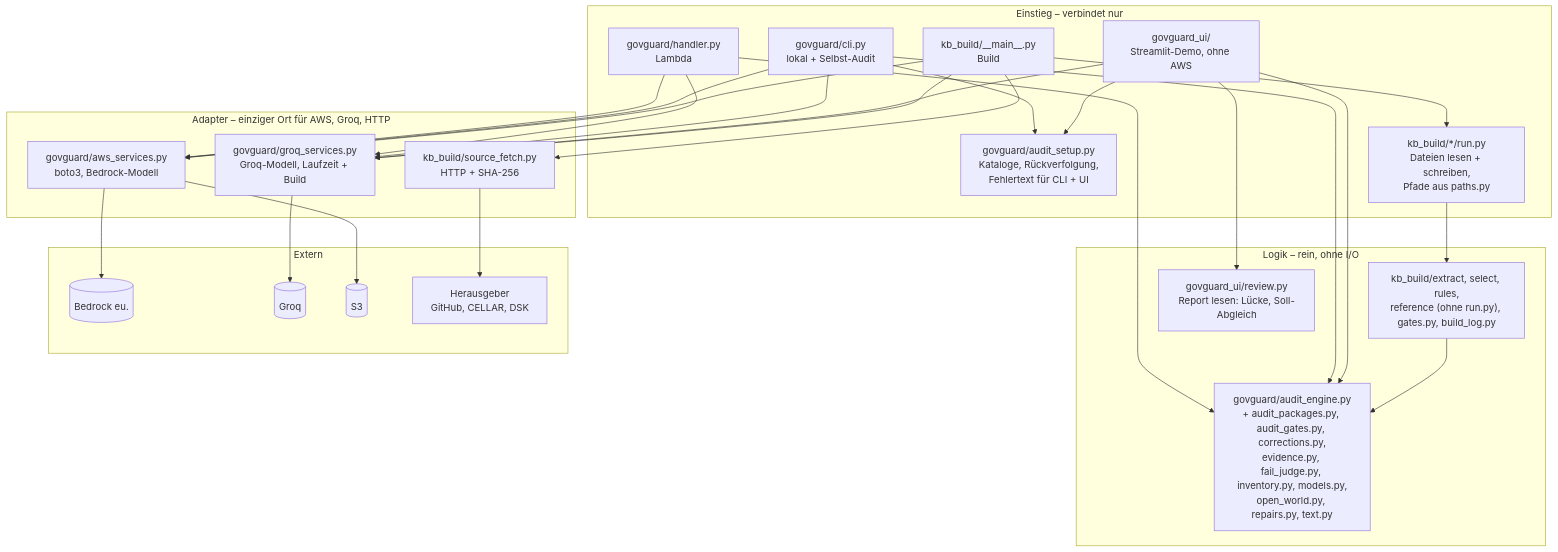
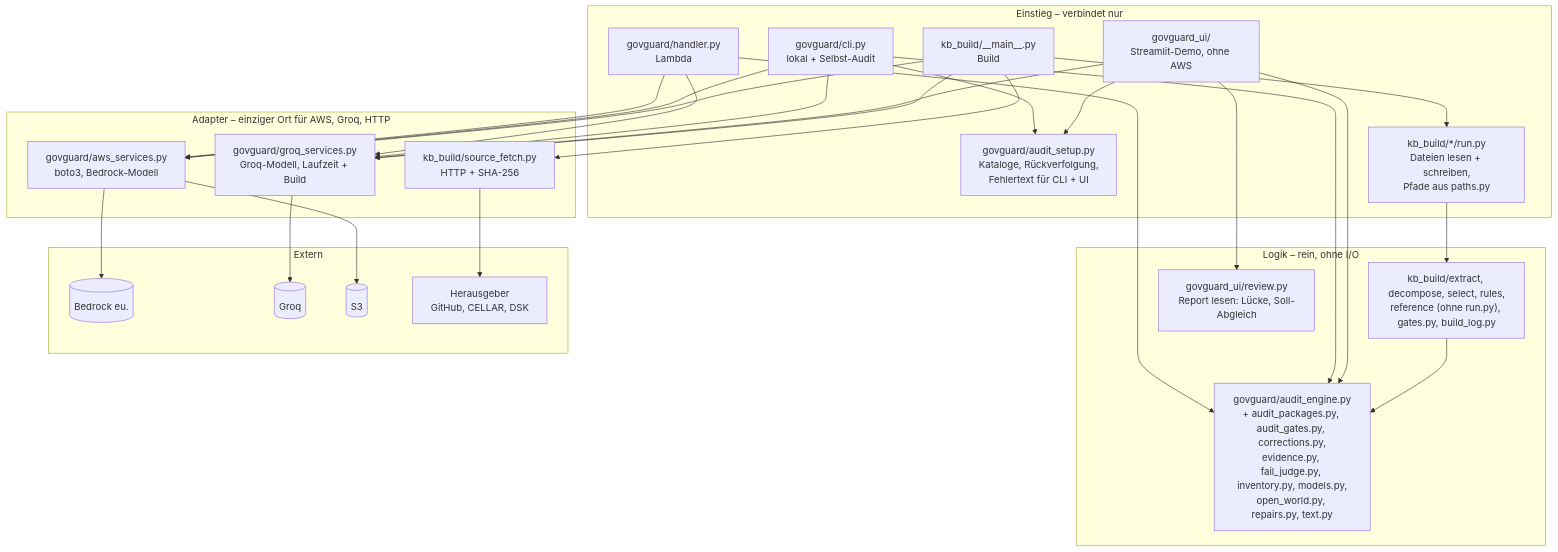
The fourth of 4 diagrams in docs/ARCHITECTURE.md (Daniel74/GovGuard), drawn with Mermaid before and after one commit. The commit also changed other lines of this file and 72 other files, not shown here.

````diff
--- a/docs/ARCHITECTURE.md
+++ b/docs/ARCHITECTURE.md
@@ -250,38 +252,38 @@
 ```mermaid
 flowchart TB
   subgraph E["Einstieg – verbindet nur"]
     H["govguard/handler.py<br/>Lambda"]
     C["govguard/cli.py<br/>lokal + Selbst-Audit"]
     U["govguard_ui/<br/>Streamlit-Demo, ohne AWS"]
     S["govguard/audit_setup.py<br/>Kataloge, Rückverfolgung,<br/>Fehlertext für CLI + UI"]
     M["kb_build/__main__.py<br/>Build"]
     R["kb_build/*/run.py<br/>Dateien lesen + schreiben,<br/>Pfade aus paths.py"]
   end
   subgraph L["Logik – rein, ohne I/O"]
     AE["govguard/audit_engine.py<br/>+ audit_packages.py, audit_gates.py, corrections.py,<br/>evidence.py, fail_judge.py, inventory.py, models.py,<br/>open_world.py, repairs.py, text.py"]
-    KB["kb_build/extract, select, rules,<br/>reference (ohne run.py), gates.py, build_log.py"]
+    KB["kb_build/extract, decompose, select, rules,<br/>reference (ohne run.py), gates.py, build_log.py"]
     RV["govguard_ui/review.py<br/>Report lesen: Lücke, Soll-Abgleich"]
   end
   subgraph A["Adapter – einziger Ort für AWS, Groq, HTTP"]
     AWS["govguard/aws_services.py<br/>boto3, Bedrock-Modell"]
     GQ["govguard/groq_services.py<br/>Groq-Modell, Laufzeit + Build"]
     FE["kb_build/source_fetch.py<br/>HTTP + SHA-256"]
   end
   subgraph X["Extern"]
     B[("Bedrock eu.")]
     G[("Groq")]
     S3[("S3")]
     HG["Herausgeber<br/>GitHub, CELLAR, DSK"]
   end
   H & C & U --> AE
   H & C --> AWS
   H & C & U --> GQ
   C & U --> S
   U --> RV
   M --> R --> KB
   M --> AWS & GQ & FE
   KB --> AE
   AWS --> B & S3
   GQ --> G
   FE --> HG
 ```
````
